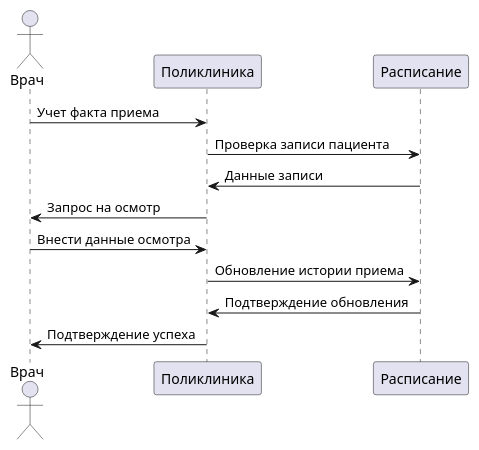
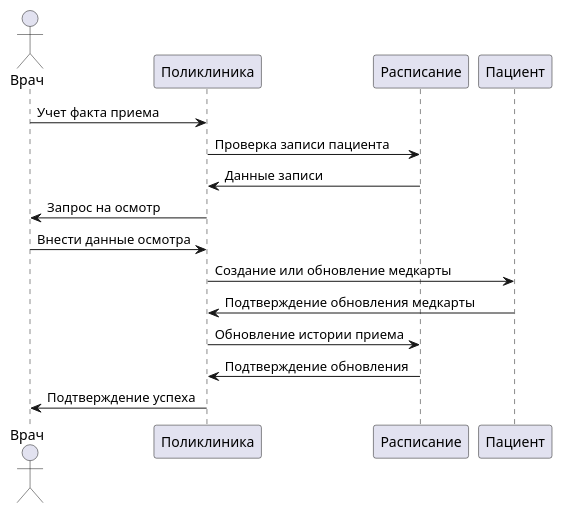
Before and after one commit to penamarth/bsbo-13-22_team2_var3: the diagram in Диаграммы последовательности/Проверка_приема.md, drawn with PlantUML.

Commit message:
изменяю

````diff
--- a/Диаграммы последовательности/Проверка_приема.md
+++ b/Диаграммы последовательности/Проверка_приема.md
@@ -1,16 +1,19 @@
 ```plantuml
 @startuml
 actor Врач as D
 participant "Поликлиника" as S
 participant "Расписание" as DB
+participant "Пациент" as P
 
 D -> S: Учет факта приема
 S -> DB: Проверка записи пациента
 DB -> S: Данные записи
 S -> D: Запрос на осмотр
 D -> S: Внести данные осмотра
+S -> P: Создание или обновление медкарты
+P -> S: Подтверждение обновления медкарты
 S -> DB: Обновление истории приема
 DB -> S: Подтверждение обновления
 S -> D: Подтверждение успеха
 @enduml
 ```
````
